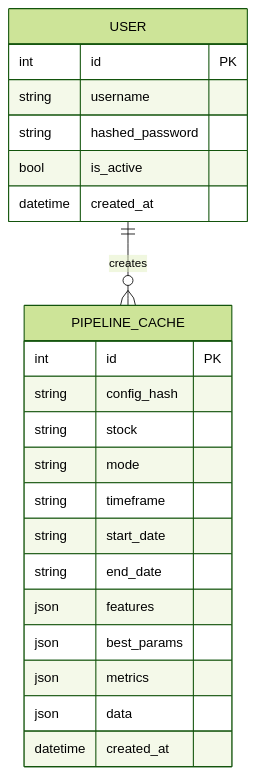
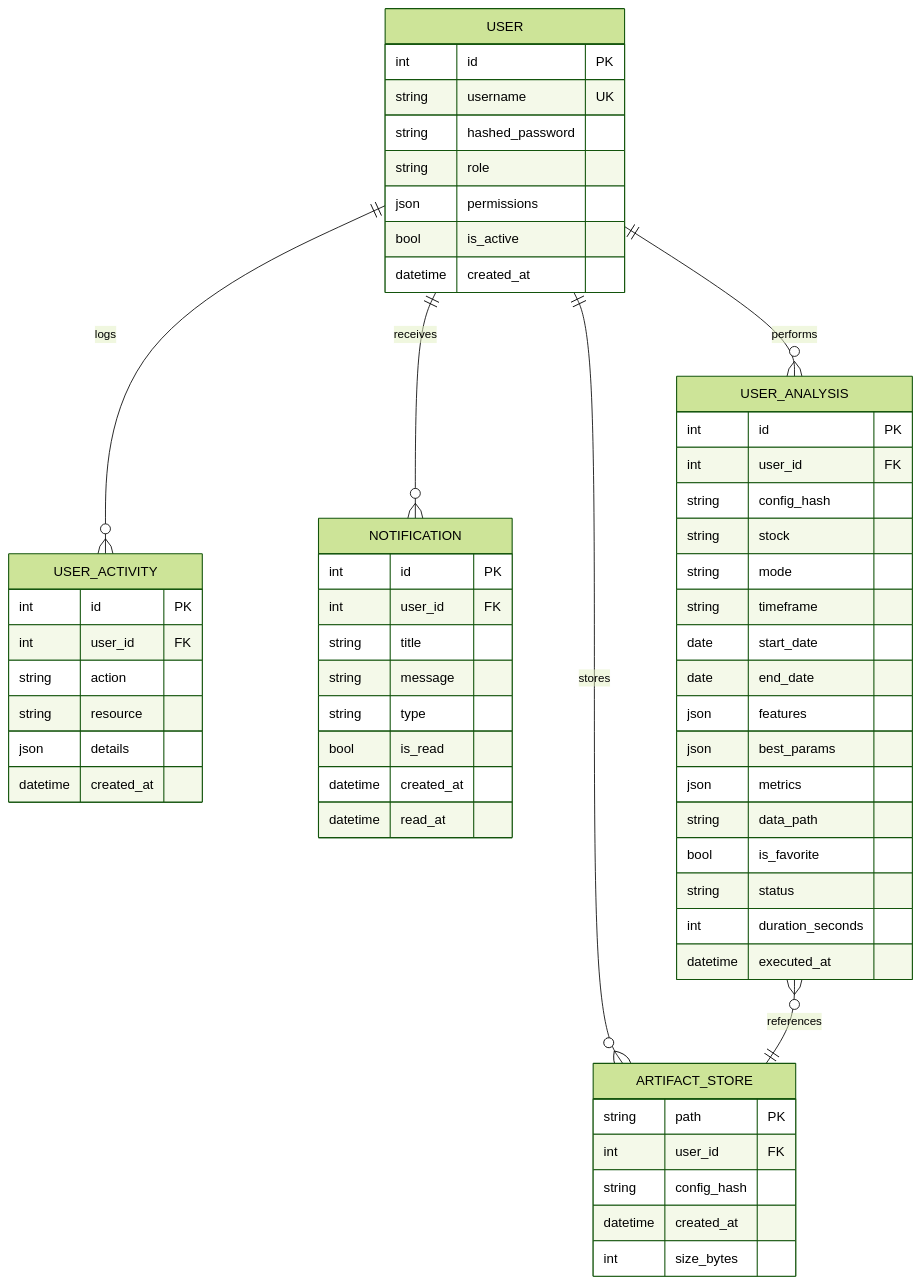
The eighth of 8 diagrams in AnomalyEngine/DIAGRAMS.md (rey-tan/Anomaly-Detection), drawn with Mermaid (forest theme) before and after one commit. The commit also changed other lines of this file and 7 other files, not shown here.

````diff
--- a/AnomalyEngine/DIAGRAMS.md
+++ b/AnomalyEngine/DIAGRAMS.md
@@ -373,26 +420,67 @@
 ```mermaid
 erDiagram
-    USER {
-        int id PK
-        string username
-        string hashed_password
-        bool is_active
-        datetime created_at
-    }
-    PIPELINE_CACHE {
-        int id PK
-        string config_hash
-        string stock
-        string mode
-        string timeframe
-        string start_date
-        string end_date
-        json features
-        json best_params
-        json metrics
-        json data
-        datetime created_at
-    }
+  USER {
+    int id PK
+    string username UK
+    string hashed_password
+    string role
+    json permissions
+    bool is_active
+    datetime created_at
+  }
 
-    USER ||--o{ PIPELINE_CACHE : creates
+  USER ||--o{ USER_ACTIVITY : logs
+  USER ||--o{ NOTIFICATION : receives
+  USER ||--o{ USER_ANALYSIS : performs
+
+  USER_ACTIVITY {
+    int id PK
+    int user_id FK
+    string action
+    string resource
+    json details
+    datetime created_at
+  }
+
+  NOTIFICATION {
+    int id PK
+    int user_id FK
+    string title
+    string message
+    string type
+    bool is_read
+    datetime created_at
+    datetime read_at
+  }
+
+  USER_ANALYSIS {
+    int id PK
+    int user_id FK
+    string config_hash
+    string stock
+    string mode
+    string timeframe
+    date start_date
+    date end_date
+    json features
+    json best_params
+    json metrics
+    string data_path
+    bool is_favorite
+    string status
+    int duration_seconds
+    datetime executed_at
+  }
+
+  ARTIFACT_STORE {
+    string path PK
+    int user_id FK
+    string config_hash
+    datetime created_at
+    int size_bytes
+  }
+
+  USER ||--o{ ARTIFACT_STORE : stores
+  USER_ANALYSIS }o--|| ARTIFACT_STORE : references
+
 ```
````
